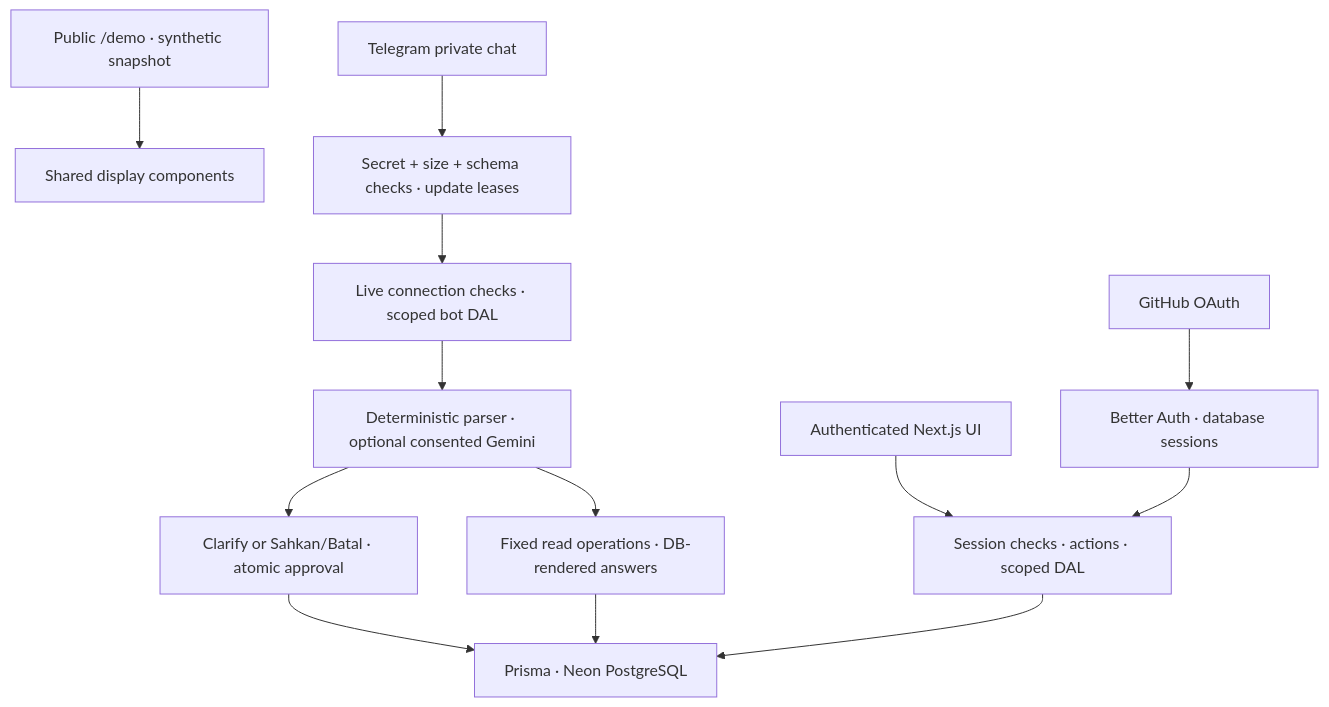
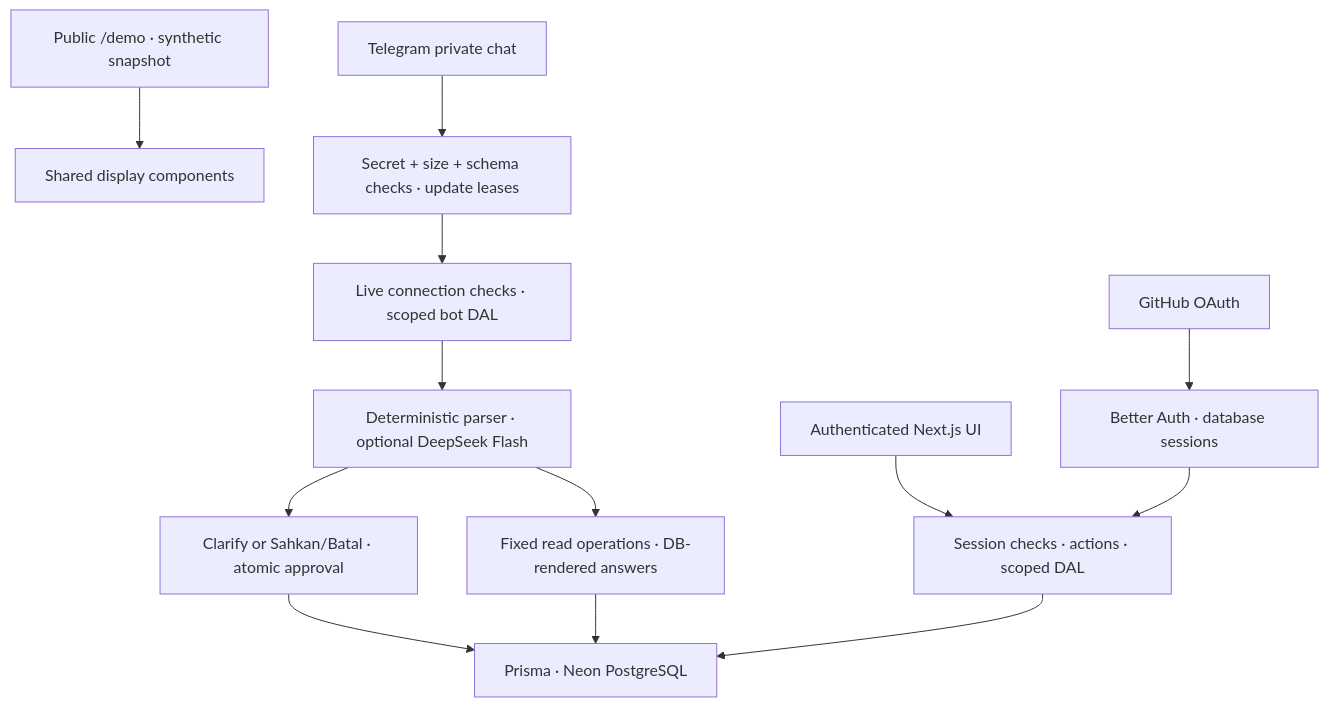
The diagram in README.md (shahrilyusoff11/duitflow), drawn with Mermaid before and after one commit. The commit also changed other lines of this file and 28 other files, not shown here.

First line of the commit message:
feat: migrate AI parsing from Gemini to DeepSeek

````diff
--- a/README.md
+++ b/README.md
@@ -106,15 +105,15 @@
 ```mermaid
 flowchart TD
   Demo["Public /demo · synthetic snapshot"] --> Views["Shared display components"]
   Browser["Authenticated Next.js UI"] --> Web["Session checks · actions · scoped DAL"]
   GitHub["GitHub OAuth"] --> Sessions["Better Auth · database sessions"]
   Sessions --> Web
   Telegram["Telegram private chat"] --> Hook["Secret + size + schema checks · update leases"]
   Hook --> Bot["Live connection checks · scoped bot DAL"]
-  Bot --> Parse["Deterministic parser · optional consented Gemini"]
+  Bot --> Parse["Deterministic parser · optional DeepSeek Flash"]
   Parse --> Pending["Clarify or Sahkan/Batal · atomic approval"]
   Parse --> Query["Fixed read operations · DB-rendered answers"]
   Pending --> DB["Prisma · Neon PostgreSQL"]
   Query --> DB
   Web --> DB
 ```
````
